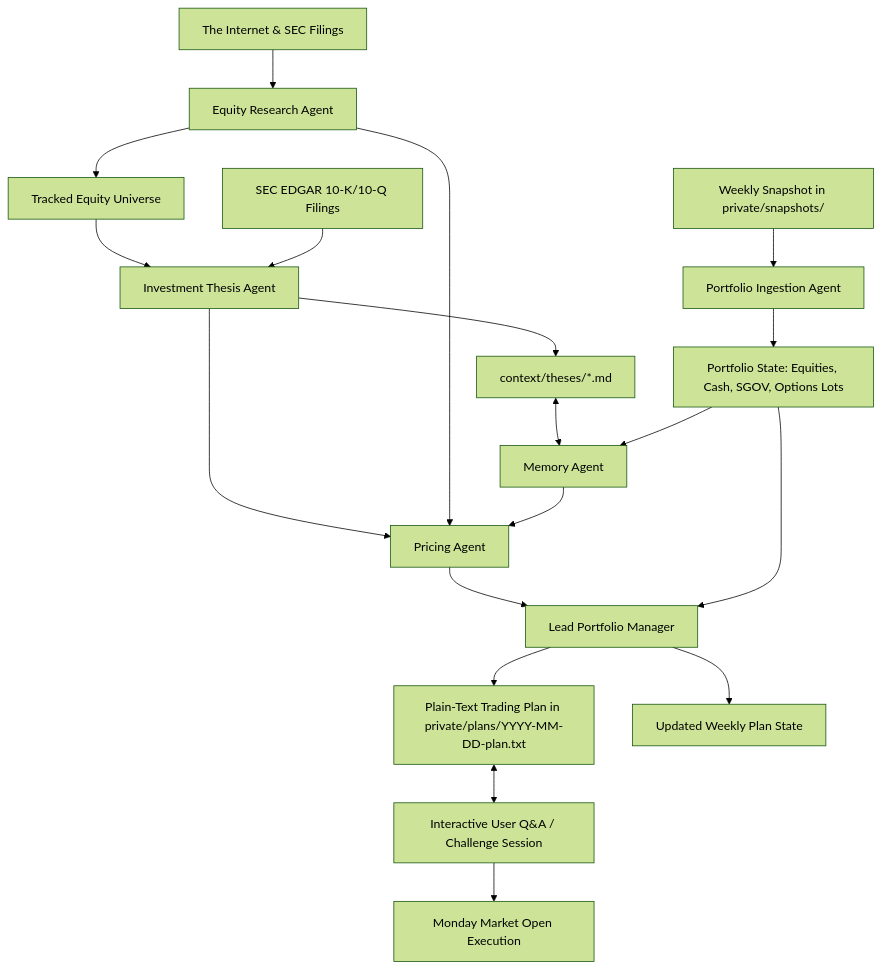
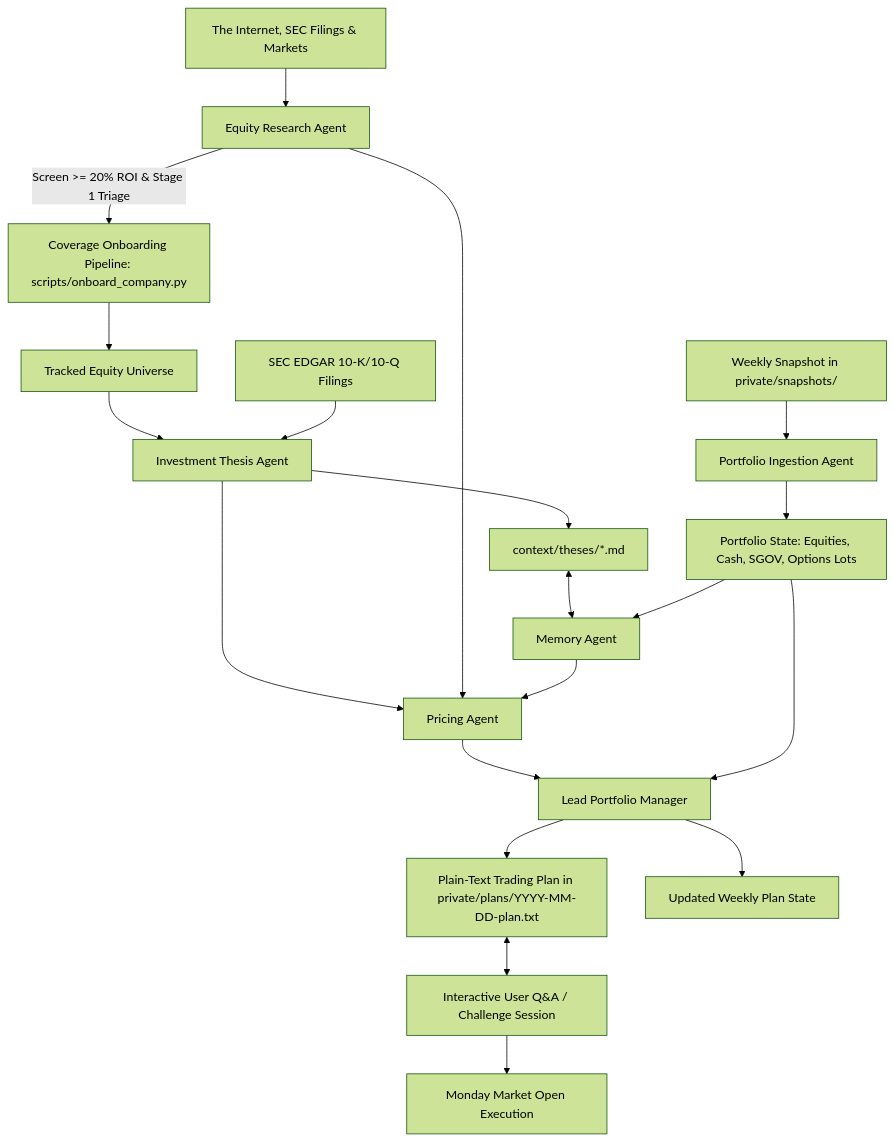
The diagram in README.md (greenermoose/investments), drawn with Mermaid (forest theme) before and after one commit. The commit also changed other lines of this file and 30 other files, not shown here.

Commit message:
feat: implement equity research agent skill protocol with automated onboarding and deterministic screening workflows

````diff
--- a/README.md
+++ b/README.md
@@ -62,26 +62,27 @@
 ```mermaid
 flowchart TD
     A[Weekly Snapshot in private/snapshots/] --> B[Portfolio Ingestion Agent]
     B --> C[Portfolio State: Equities, Cash, SGOV, Options Lots]
     
-    NET[The Internet & SEC Filings] --> G[Equity Research Agent]
-    G --> UNIV[Tracked Equity Universe]
+    NET[The Internet, SEC Filings & Markets] --> G[Equity Research Agent]
+    G -- "Screen >= 20% ROI & Stage 1 Triage" --> ONB[Coverage Onboarding Pipeline: scripts/onboard_company.py]
+    ONB --> UNIV[Tracked Equity Universe]
     
     UNIV --> TH[Investment Thesis Agent]
     SEC[SEC EDGAR 10-K/10-Q Filings] --> TH
     TH --> E[context/theses/*.md]
     
     E <--> MEM[Memory Agent]
     C --> MEM
     
     TH --> H[Pricing Agent]
     G --> H
     MEM --> H
     
     H --> I[Lead Portfolio Manager]
     C --> I
     I --> J[Plain-Text Trading Plan in private/plans/YYYY-MM-DD-plan.txt]
     I --> K[Updated Weekly Plan State]
     J <--> L[Interactive User Q&A / Challenge Session]
     L --> M[Monday Market Open Execution]
 ```
````
